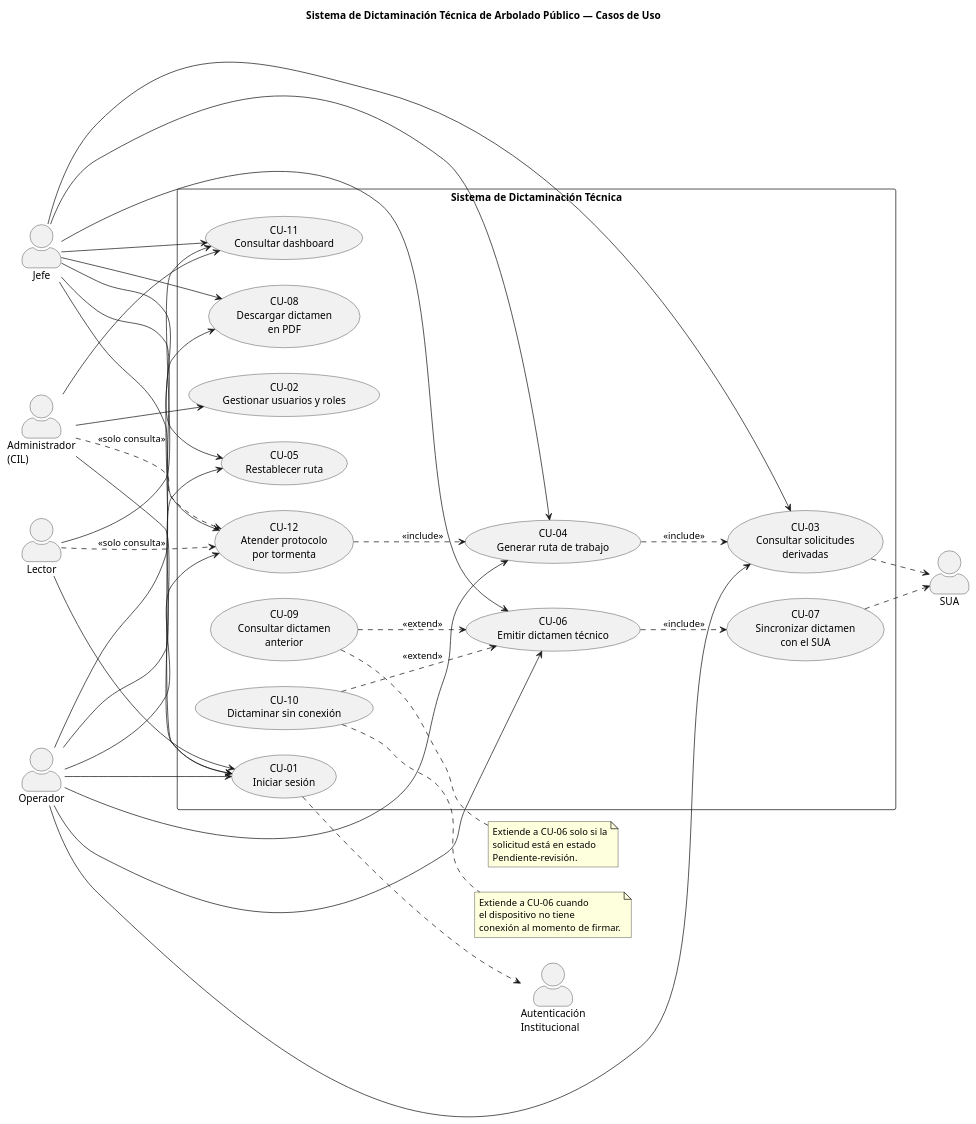
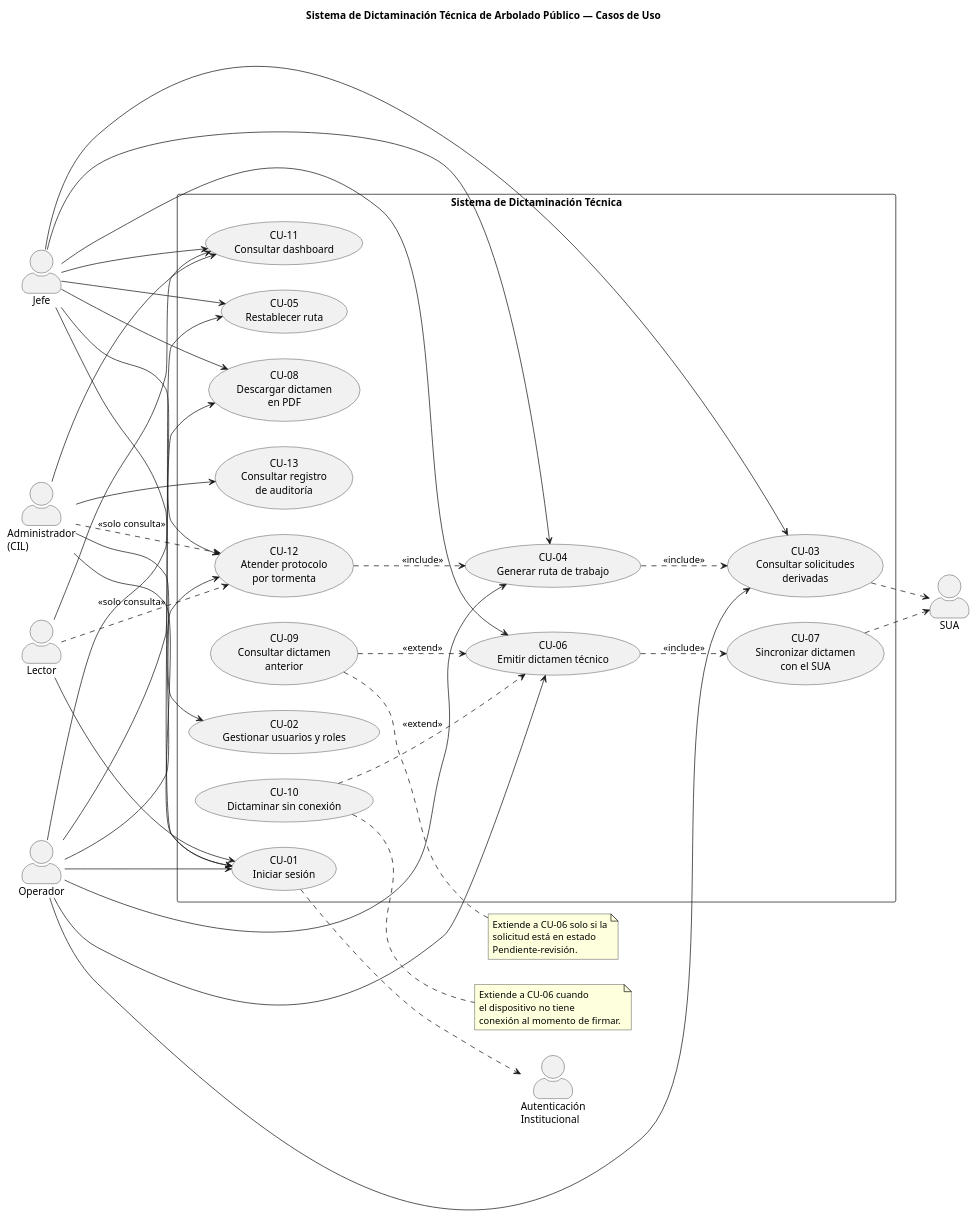
One commit to GabrielBoubonis/proyecto-desarrollo-web changed the diagram in diagramas/casos-de-uso.puml. Above: the diagram before and after it, drawn with PlantUML. The commit also changed 5 other files, not shown here.

```diff
--- a/diagramas/casos-de-uso.puml
+++ b/diagramas/casos-de-uso.puml
@@ -1,90 +1,92 @@
 @startuml casos-de-uso
 left to right direction
 skinparam packageStyle rectangle
 skinparam actorStyle awesome
 
 title Sistema de Dictaminación Técnica de Arbolado Público — Casos de Uso
 
 actor "Operador" as OP
 actor "Jefe" as JF
 actor "Administrador\n(CIL)" as AD
 actor "Lector" as LE
 
 actor "SUA" as SUA
 actor "Autenticación\nInstitucional" as AUTH
 
 rectangle "Sistema de Dictaminación Técnica" {
 
   usecase "CU-01\nIniciar sesión" as CU01
   usecase "CU-02\nGestionar usuarios y roles" as CU02
   usecase "CU-03\nConsultar solicitudes\nderivadas" as CU03
   usecase "CU-04\nGenerar ruta de trabajo" as CU04
   usecase "CU-05\nRestablecer ruta" as CU05
   usecase "CU-06\nEmitir dictamen técnico" as CU06
   usecase "CU-07\nSincronizar dictamen\ncon el SUA" as CU07
   usecase "CU-08\nDescargar dictamen\nen PDF" as CU08
   usecase "CU-09\nConsultar dictamen\nanterior" as CU09
   usecase "CU-10\nDictaminar sin conexión" as CU10
   usecase "CU-11\nConsultar dashboard" as CU11
   usecase "CU-12\nAtender protocolo\npor tormenta" as CU12
+  usecase "CU-13\nConsultar registro\nde auditoría" as CU13
 
 }
 
 ' --- Actores principales ---
 OP --> CU01
 JF --> CU01
 AD --> CU01
 LE --> CU01
 
 OP --> CU03
 JF --> CU03
 
 OP --> CU04
 JF --> CU04
 
 OP --> CU05
 JF --> CU05
 
 OP --> CU06
 JF --> CU06
 
 OP --> CU08
 JF --> CU08
 
 OP --> CU12
 JF --> CU12
 AD ..> CU12 : <<solo consulta>>
 LE ..> CU12 : <<solo consulta>>
 
 AD --> CU02
+AD --> CU13
 
 JF --> CU11
 AD --> CU11
 LE --> CU11
 
 ' --- Actores secundarios (sistemas externos) ---
 CU01 ..> AUTH
 CU03 ..> SUA
 CU07 ..> SUA
 
 ' --- Relaciones entre casos de uso ---
 CU06 ..> CU07 : <<include>>
 CU04 ..> CU03 : <<include>>
 CU12 ..> CU04 : <<include>>
 
 CU09 ..> CU06 : <<extend>>
 CU10 ..> CU06 : <<extend>>
 
 note right of CU10
   Extiende a CU-06 cuando
   el dispositivo no tiene
   conexión al momento de firmar.
 end note
 
 note right of CU09
   Extiende a CU-06 solo si la
   solicitud está en estado
   Pendiente-revisión.
 end note
 
 @enduml
```
